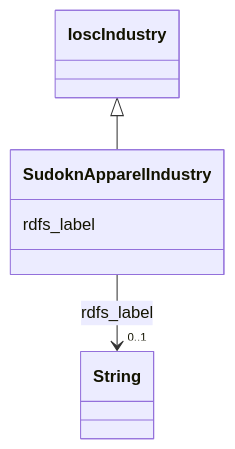
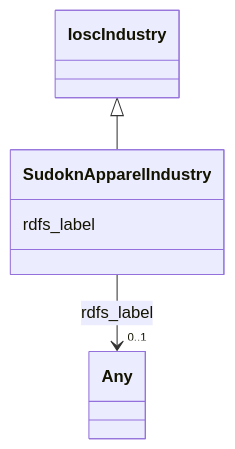
One commit to frink-okn/graph-descriptions changed the diagram in sudokn-kg/classes/SudoknApparelIndustry.md. Above: the diagram before and after it, drawn with Mermaid. The commit also changed other lines of this file and 903 other files, not shown here.

````diff
--- a/sudokn-kg/classes/SudoknApparelIndustry.md
+++ b/sudokn-kg/classes/SudoknApparelIndustry.md
@@ -23,18 +18,18 @@
 ```mermaid
  classDiagram
     class SudoknApparelIndustry
     click SudoknApparelIndustry href "../SudoknApparelIndustry"
       IoscIndustry <|-- SudoknApparelIndustry
         click IoscIndustry href "../IoscIndustry"
       
       SudoknApparelIndustry : rdfs_label
         
           
     
     
-    SudoknApparelIndustry --> "0..1" String : rdfs_label
-    click String href "../String"
+    SudoknApparelIndustry --> "0..1" Any : rdfs_label
+    click Any href "../Any"
 
         
       
 ```
````
